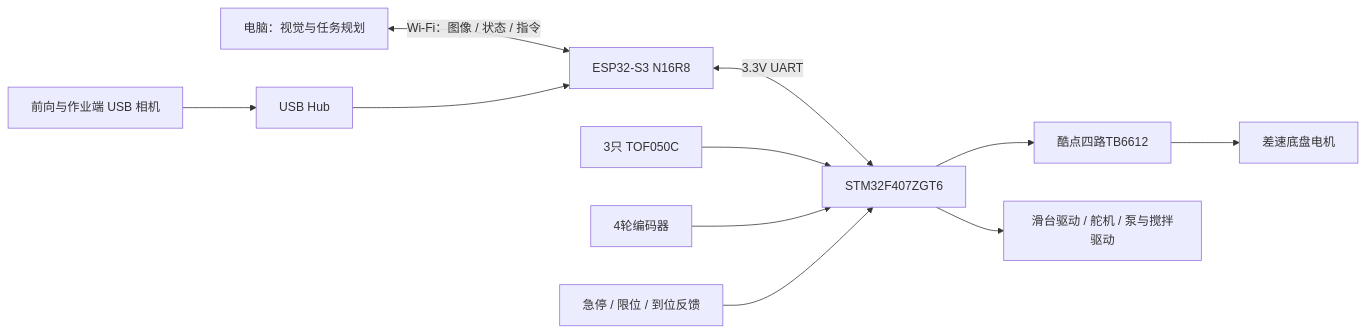
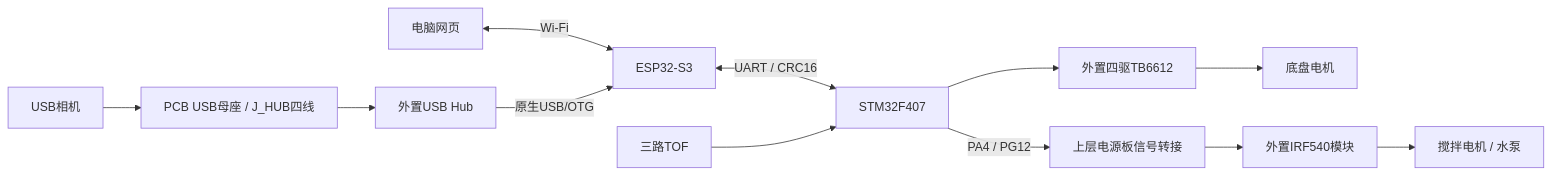
One commit to WuWingKit/tree-whitewashing-robot changed the diagram in README.md. Above: the diagram before and after it, drawn with Mermaid. The commit also changed other lines of this file and 234 other files, not shown here.

````diff
--- a/README.md
+++ b/README.md
@@ -24,11 +28,9 @@
 ```mermaid
 flowchart LR
-  PC[电脑：视觉与任务规划] <-->|Wi-Fi：图像 / 状态 / 指令| S3[ESP32-S3 N16R8]
-  CAM[前向与作业端 USB 相机] --> HUB[USB Hub] --> S3
-  S3 <-->|3.3V UART| MCU[STM32F407ZGT6]
-  TOF[3只 TOF050C] --> MCU
-  ENC[4轮编码器] --> MCU
-  MCU --> TB[酷点四路TB6612] --> WHEEL[差速底盘电机]
-  MCU --> ACT[滑台驱动 / 舵机 / 泵与搅拌驱动]
-  SAFE[急停 / 限位 / 到位反馈] --> MCU
+  PC[电脑网页] <-->|Wi-Fi| ESP[ESP32-S3]
+  CAM[USB相机] --> PORT[PCB USB母座 / J_HUB四线] --> HUB[外置USB Hub] -->|原生USB/OTG| ESP
+  ESP <-->|UART / CRC16| STM[STM32F407]
+  TOF[三路TOF] --> STM
+  STM --> MD04[外置四驱TB6612] --> WHEELS[底盘电机]
+  STM -->|PA4 / PG12| POWER[上层电源板信号转接] --> IRF[外置IRF540模块] --> LOAD[搅拌电机 / 水泵]
 ```
````
